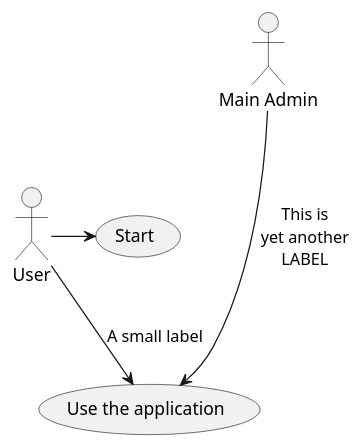
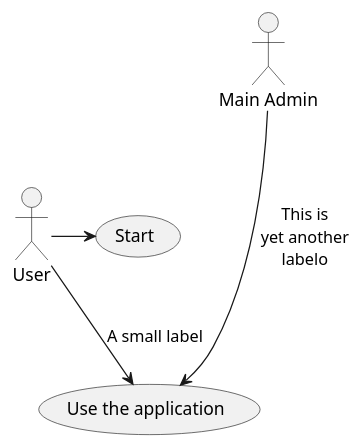
The diagram in meilenstein_05/.template/usecase-{modul}/usecase-{modul}.puml (weichware10/meilensteine), drawn with PlantUML before and after one commit.

Commit message:
test render 2

```diff
--- a/meilenstein_05/.template/usecase-{modul}/usecase-{modul}.puml
+++ b/meilenstein_05/.template/usecase-{modul}/usecase-{modul}.puml
@@ -1,8 +1,8 @@
 @startuml {modul}
 
 User -> (Start)
 User --> (Use the application) : A small label
 
-:Main Admin: ---> (Use the application) : This is\nyet another\nLABEL
+:Main Admin: ---> (Use the application) : This is\nyet another\nlabelo
 
 @enduml
```
